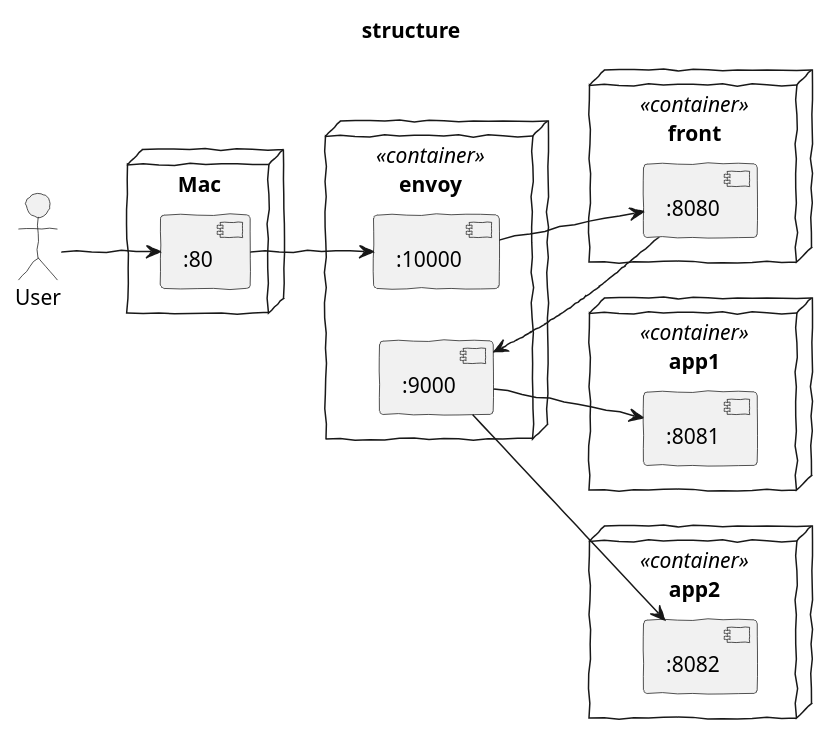
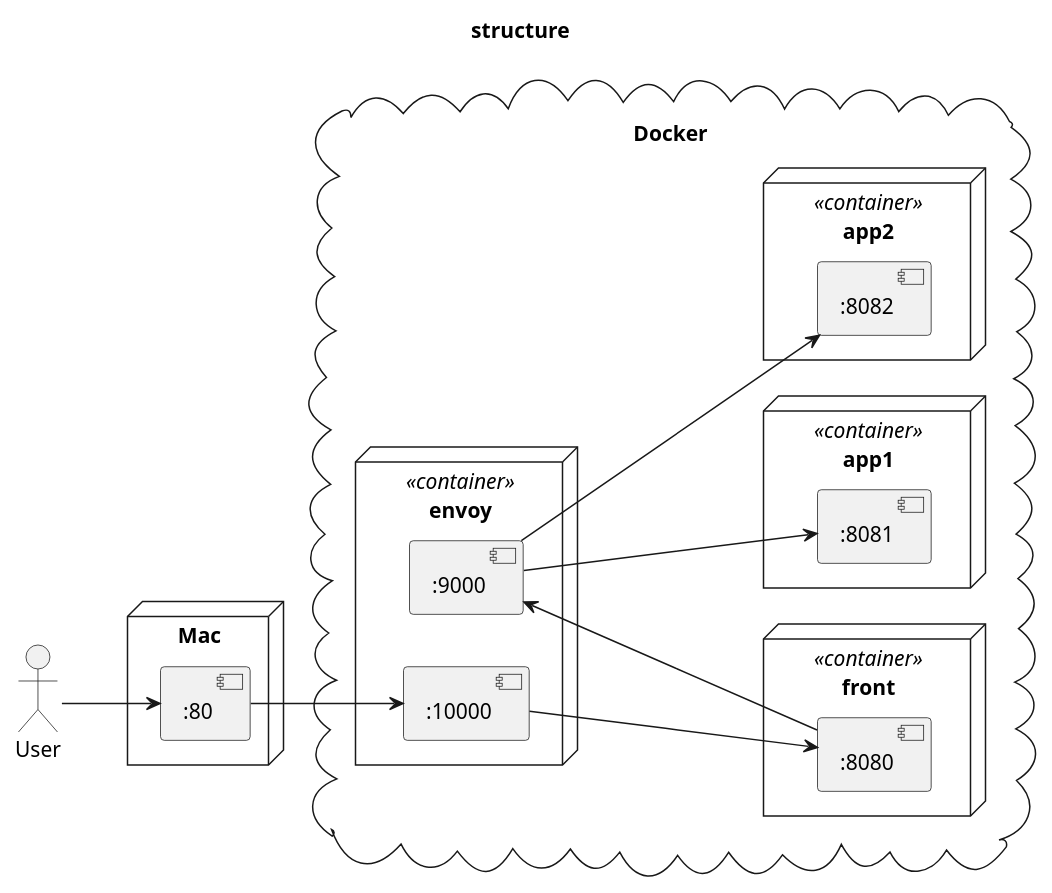
Before and after one commit to xshoji/docker-envoy-sample: the diagram in uml/structure.puml, drawn with PlantUML.

```diff
--- a/uml/structure.puml
+++ b/uml/structure.puml
@@ -1,53 +1,55 @@
 @startuml
 title structure
 
 '==============================
 ' Setting
 '==============================
 left to right direction
-skinparam handwritten true
 
 
 
 '==============================
 ' Definition
 '==============================
 actor User
 
 node Mac as Mac {
    component ":80" as MacInputPort
 }
-node "envoy" <<container>> as EnvoyFront {
-   component ":10000" as EnvoyFrontInputPort1
-   component ":9000" as EnvoyFrontInputPort2
-}
-node front <<container>> as Front {
-   component ":8080" as FrontInputPort
-}
-node app1 <<container>> as App1 {
-   component ":8081" as App1InputPort
-}
-node app2 <<container>> as App2 {
-   component ":8082" as App2InputPort
+
+cloud Docker {
+  node "envoy" <<container>> as EnvoyFront {
+     component ":10000" as EnvoyFrontInputPort1
+     component ":9000" as EnvoyFrontInputPort2
+  }
+  node front <<container>> as Front {
+     component ":8080" as FrontInputPort
+  }
+  node app1 <<container>> as App1 {
+     component ":8081" as App1InputPort
+  }
+  node app2 <<container>> as App2 {
+     component ":8082" as App2InputPort
+  }
 }
 
 
 
 '==============================
 ' Relation
 '==============================
 User --> MacInputPort
 MacInputPort --> EnvoyFrontInputPort1
 EnvoyFrontInputPort1 --> FrontInputPort
 FrontInputPort --> EnvoyFrontInputPort2
 
 EnvoyFrontInputPort2 --> App1InputPort
 EnvoyFrontInputPort2 --> App2InputPort
 
 
 
 '------------
 ' layout
 
 
 @enduml
```
